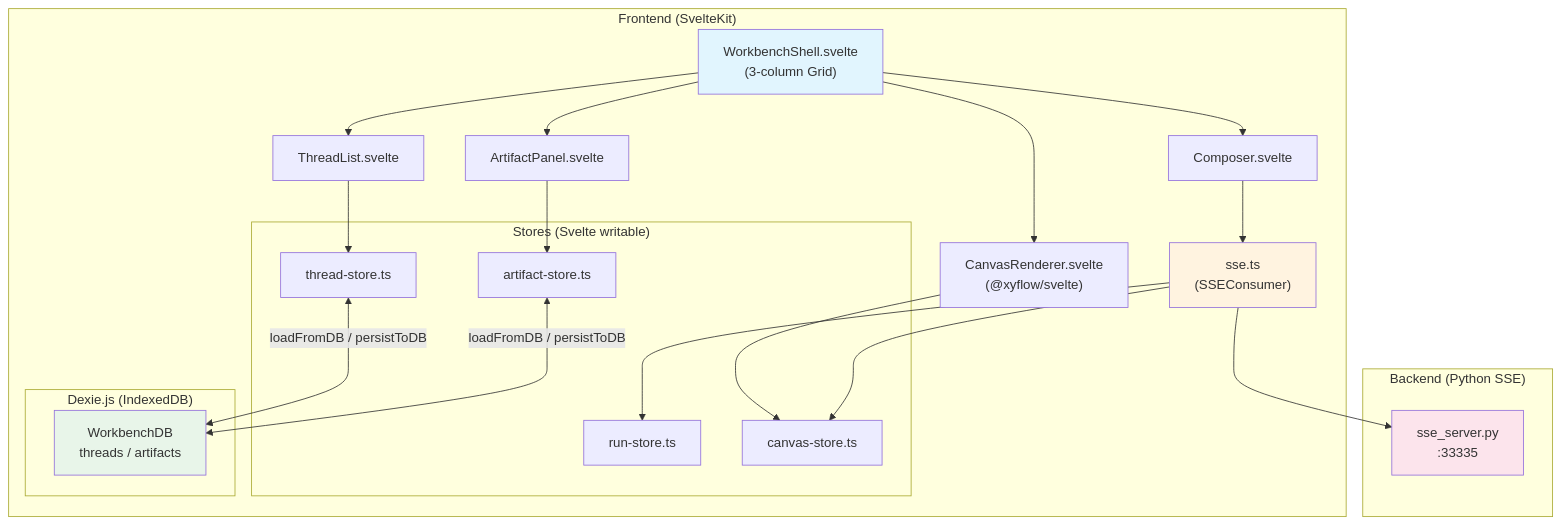
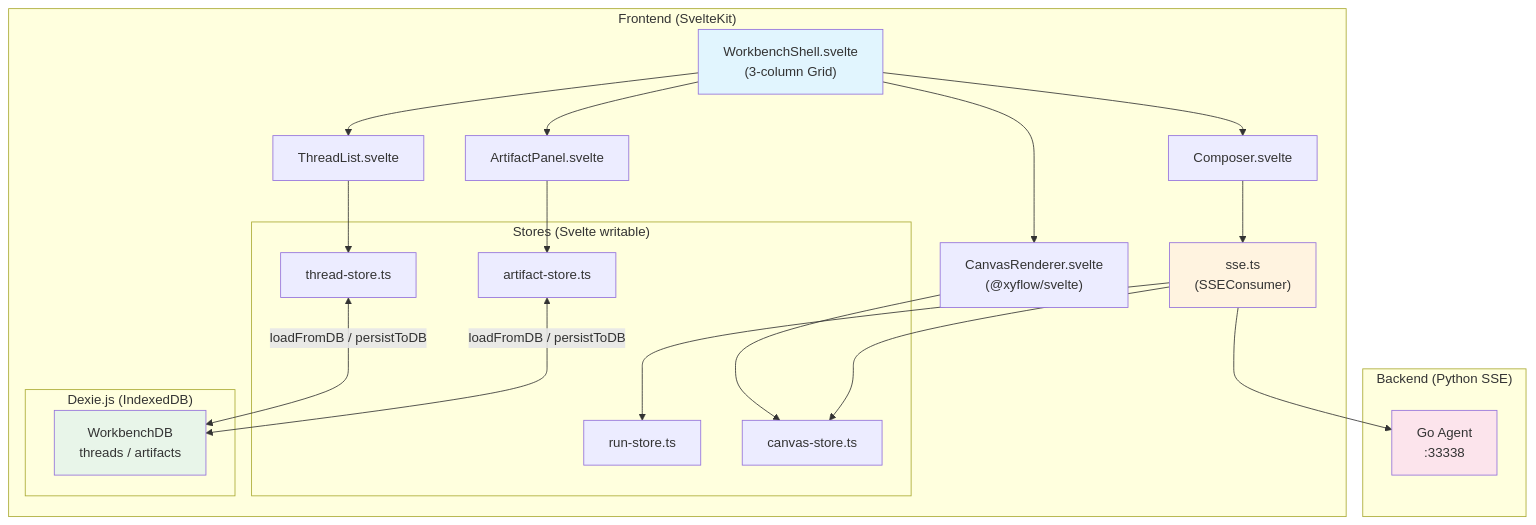
Before and after one commit to MMXC/vibex-workbench: the first of 2 diagrams in docs/vibex-workbench-integration/architecture.md, drawn with Mermaid. The commit also changed other lines of this file and 39 other files, not shown here.

````diff
--- a/docs/vibex-workbench-integration/architecture.md
+++ b/docs/vibex-workbench-integration/architecture.md
@@ -79,45 +79,45 @@
 ```mermaid
 graph TB
     subgraph Frontend["Frontend (SvelteKit)"]
         WS["WorkbenchShell.svelte<br/>(3-column Grid)"]
         TL["ThreadList.svelte"]
         CA["CanvasRenderer.svelte<br/>(@xyflow/svelte)"]
         AP["ArtifactPanel.svelte"]
         CO["Composer.svelte"]
 
         subgraph Stores["Stores (Svelte writable)"]
             threadStore["thread-store.ts"]
             runStore["run-store.ts"]
             canvasStore["canvas-store.ts"]
             artifactStore["artifact-store.ts"]
         end
 
         subgraph Persistence["Dexie.js (IndexedDB)"]
             db["WorkbenchDB<br/>threads / artifacts"]
         end
 
         SSE["sse.ts<br/>(SSEConsumer)"]
     end
 
     subgraph Backend["Backend (Python SSE)"]
-        SSE_SERVER["sse_server.py<br/>:33335"]
+        SSE_SERVER["Go Agent<br/>:33338"]
     end
 
     WS --> TL & CA & AP & CO
     TL --> threadStore
     CA --> canvasStore
     AP --> artifactStore
     CO --> SSE
 
     threadStore <-->|loadFromDB / persistToDB| db
     artifactStore <-->|loadFromDB / persistToDB| db
 
     SSE --> SSE_SERVER
     SSE --> runStore
     SSE --> canvasStore
 
     style WS fill:#e1f5fe
     style SSE fill:#fff3e0
     style db fill:#e8f5e9
     style SSE_SERVER fill:#fce4ec
 ```
````
